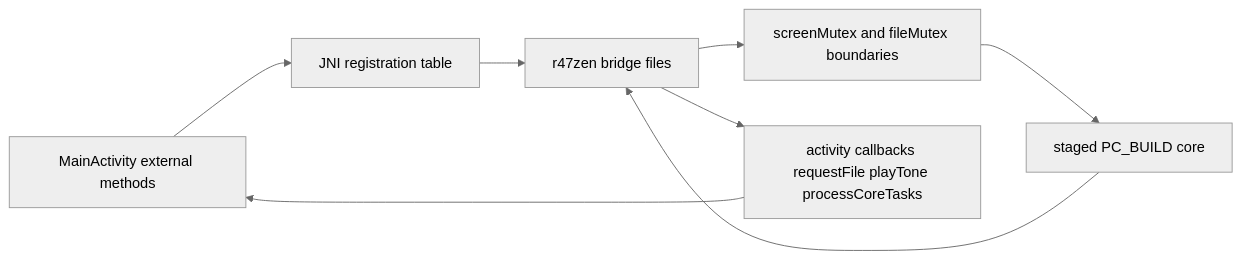
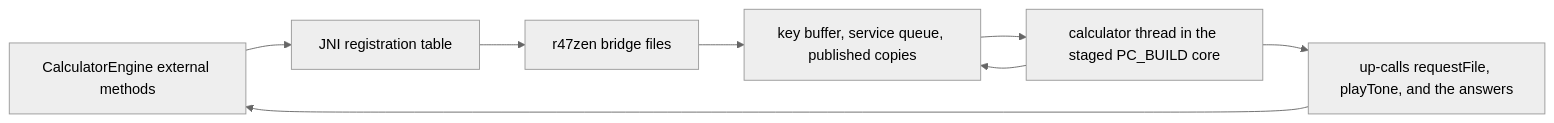
One commit to ppigazzini/r47zen changed the diagram in android/docs/dev/04-native-core-and-jni.md. Above: the diagram before and after it, drawn with Mermaid (neutral theme). The commit also changed other lines of this file and 132 other files, not shown here.

First line of the commit message:
feat(core): run upstream's main loop on a calculator thread

````diff
--- a/android/docs/dev/04-native-core-and-jni.md
+++ b/android/docs/dev/04-native-core-and-jni.md
@@ -12,12 +12,13 @@
 ```mermaid
 flowchart LR
-  A[MainActivity external methods]
+  A[CalculatorEngine external methods]
   B[JNI registration table]
   C[r47zen bridge files]
-  D[screenMutex and fileMutex boundaries]
-  E[staged PC_BUILD core]
-  F[activity callbacks requestFile playTone processCoreTasks]
+  D[key buffer, service queue, published copies]
+  E[calculator thread in the staged PC_BUILD core]
+  F[up-calls requestFile, playTone, and the answers]
 
   A --> B --> C --> D --> E
-  E --> C --> F --> A
+  E --> D
+  E --> F --> A
 ```
````
